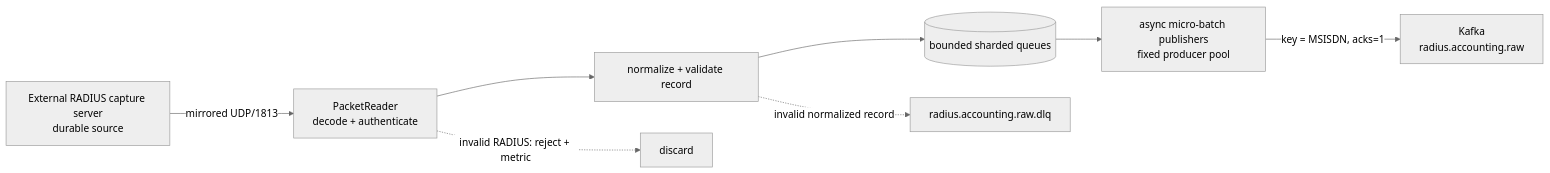
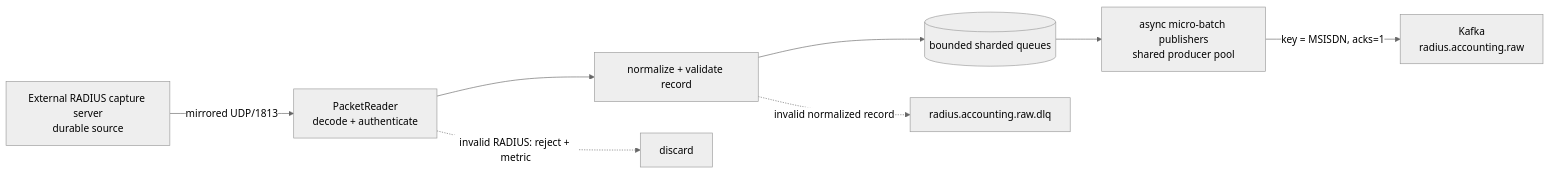
Before and after one commit to chuyenvanhust/camara-pipeline: the diagram in pipeline/ingestion/README.md, drawn with Mermaid (neutral theme). The commit also changed other lines of this file and 17 other files, not shown here.

````diff
--- a/pipeline/ingestion/README.md
+++ b/pipeline/ingestion/README.md
@@ -15,10 +15,10 @@
 ```mermaid
 flowchart LR
     CAPTURE["External RADIUS capture server<br/>durable source"] -->|"mirrored UDP/1813"| SOCKET["PacketReader<br/>decode + authenticate"]
     SOCKET --> NORMALIZE["normalize + validate record"]
     NORMALIZE --> QUEUE[("bounded sharded queues")]
-    QUEUE --> BATCH["async micro-batch publishers<br/>fixed producer pool"]
+    QUEUE --> BATCH["async micro-batch publishers<br/>shared producer pool"]
     BATCH -->|"key = MSISDN, acks=1"| RAW["Kafka<br/>radius.accounting.raw"]
     SOCKET -.->|"invalid RADIUS: reject + metric"| REJECT["discard"]
     NORMALIZE -.->|"invalid normalized record"| DLQ["radius.accounting.raw.dlq"]
 ```
````
